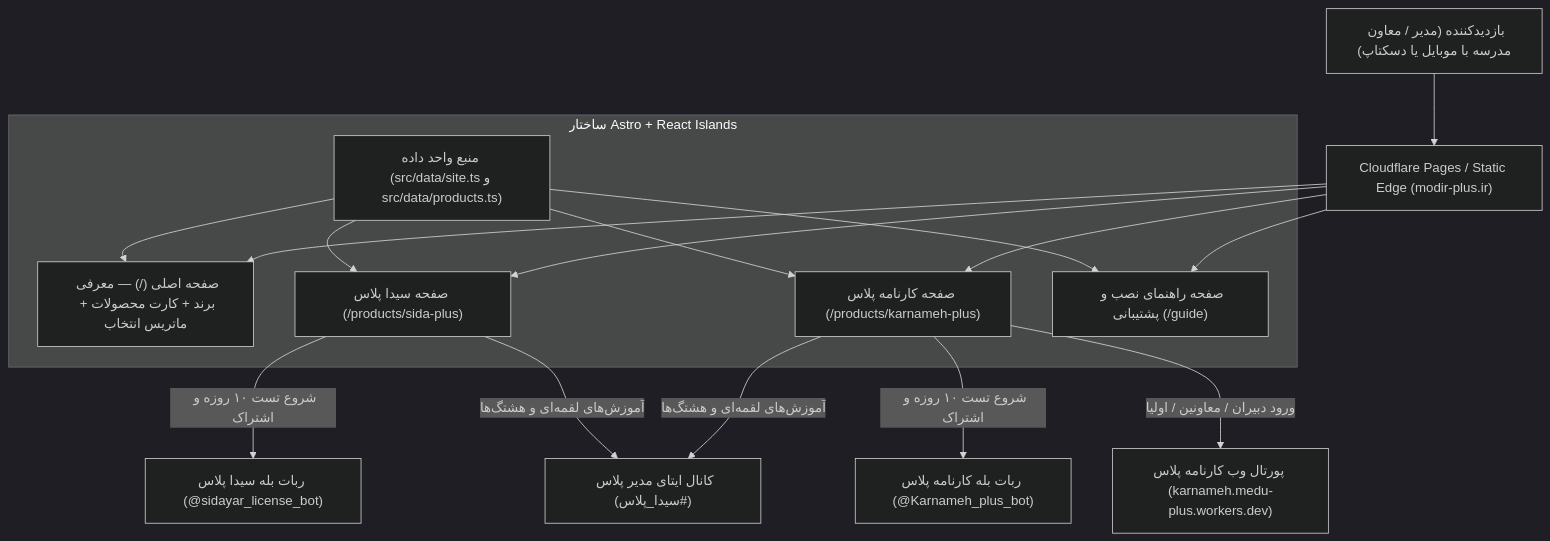
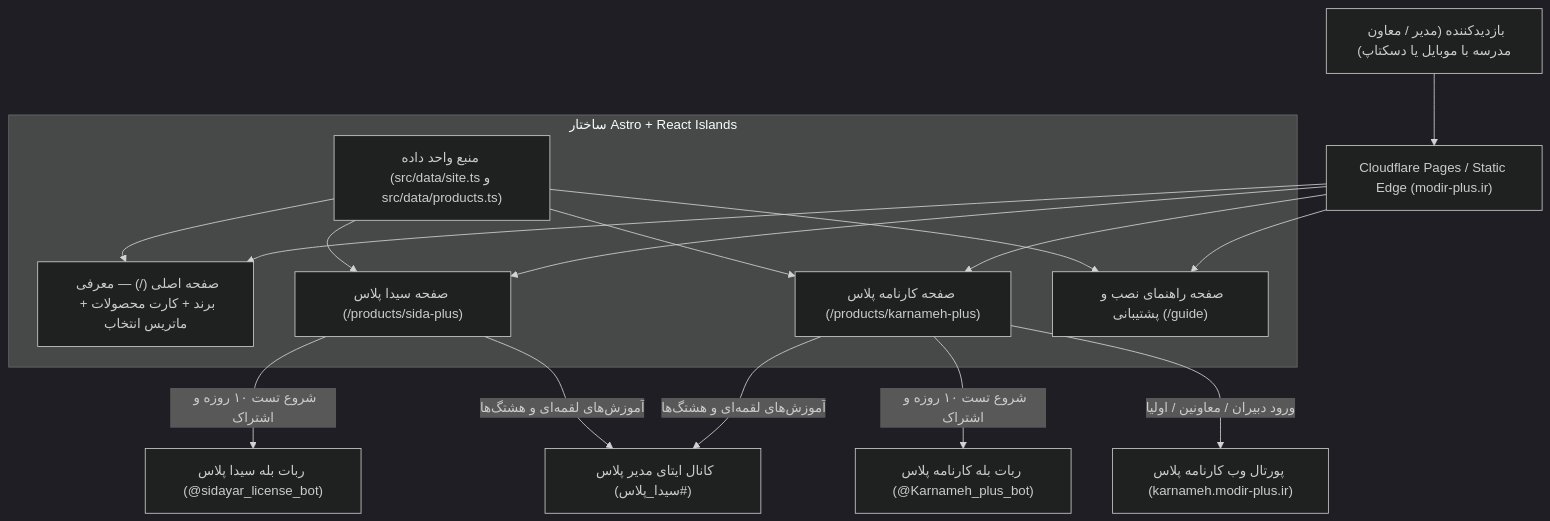
Before and after one commit to HamedGanjeali/modir-plus-wepApp: the diagram in .agents/ARCHITECTURE.md, drawn with Mermaid (dark theme). The commit also changed 6 other files, not shown here.

Commit message:
refactor(domain): enforce modir-plus.ir as sole official domain across codebase and docs

````diff
--- a/.agents/ARCHITECTURE.md
+++ b/.agents/ARCHITECTURE.md
@@ -9,28 +9,28 @@
 ```mermaid
 flowchart TD
     Visitor["بازدیدکننده (مدیر / معاون مدرسه با موبایل یا دسکتاپ)"] --> CF["Cloudflare Pages / Static Edge (modir-plus.ir)"]
 
     subgraph StaticAndIslands["ساختار Astro + React Islands"]
         Home["صفحه اصلی (/) — معرفی برند + کارت محصولات + ماتریس انتخاب"]
         SidaPage["صفحه سیدا پلاس (/products/sida-plus)"]
         KarnamehPage["صفحه کارنامه پلاس (/products/karnameh-plus)"]
         GuidePage["صفحه راهنمای نصب و پشتیبانی (/guide)"]
         DataLayer["منبع واحد داده (src/data/site.ts و src/data/products.ts)"]
 
         DataLayer --> Home
         DataLayer --> SidaPage
         DataLayer --> KarnamehPage
         DataLayer --> GuidePage
     end
 
     CF --> Home
     CF --> SidaPage
     CF --> KarnamehPage
     CF --> GuidePage
 
     SidaPage -->|شروع تست ۱۰ روزه و اشتراک| BaleSida["ربات بله سیدا پلاس (@sidayar_license_bot)"]
     KarnamehPage -->|شروع تست ۱۰ روزه و اشتراک| BaleKarnameh["ربات بله کارنامه پلاس (@Karnameh_plus_bot)"]
-    KarnamehPage -->|ورود دبیران / معاونین / اولیا| WebPortal["پورتال وب کارنامه پلاس (karnameh.medu-plus.workers.dev)"]
+    KarnamehPage -->|ورود دبیران / معاونین / اولیا| WebPortal["پورتال وب کارنامه پلاس (karnameh.modir-plus.ir)"]
     SidaPage -->|آموزش‌های لقمه‌ای و هشتگ‌ها| EitaaHub["کانال ایتای مدیر پلاس (#سیدا_پلاس)"]
     KarnamehPage -->|آموزش‌های لقمه‌ای و هشتگ‌ها| EitaaHub
 ```
````
